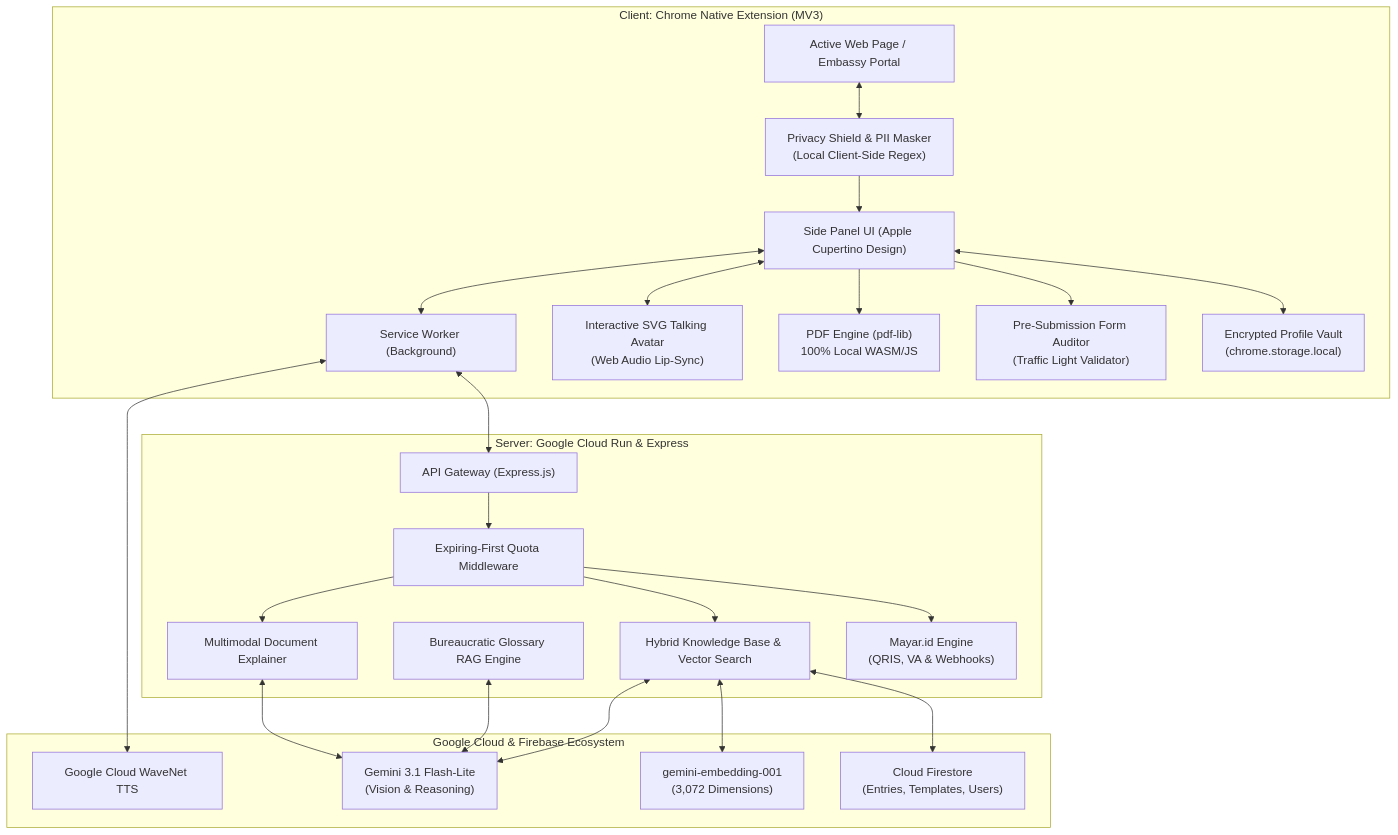
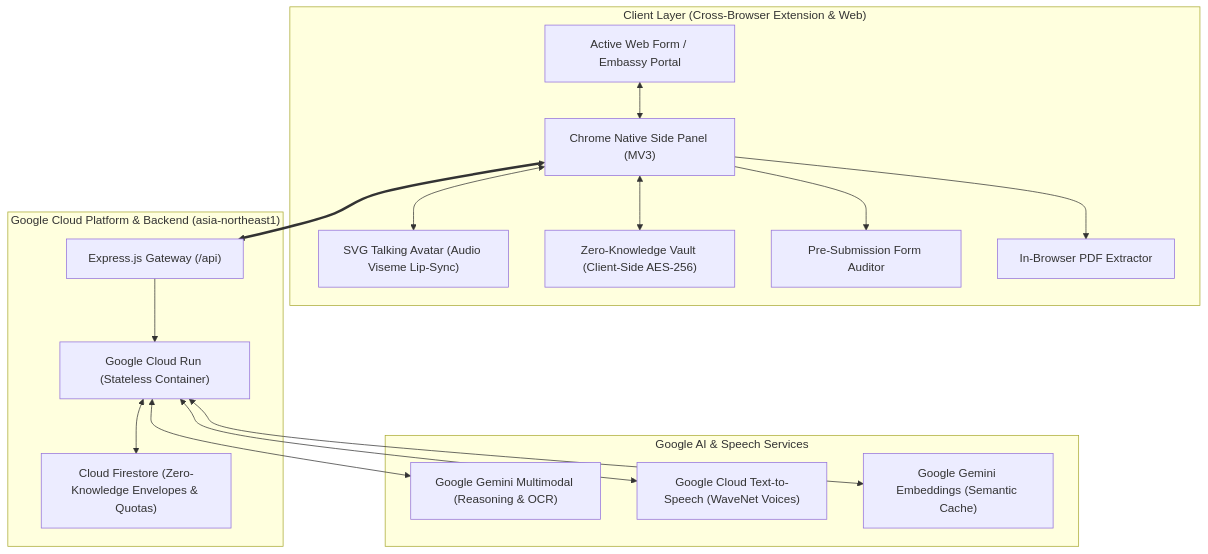
Before and after one commit to arfabi/telmy.ai: the diagram in README.md, drawn with Mermaid. The commit also changed other lines of this file, not shown here.

Commit message:
docs: update README badges, executive summary, and streamline system architecture documentation

````diff
--- a/README.md
+++ b/README.md
@@ -41,48 +41,35 @@
 ```mermaid
 graph TD
-    subgraph Browser ["Client: Chrome Native Extension (MV3)"]
-        Tab["Active Web Page / Embassy Portal"]
-        SW["Service Worker (Background)"]
-        SP["Side Panel UI (Apple Cupertino Design)"]
-        Avatar["Interactive SVG Talking Avatar\n(Web Audio Lip-Sync)"]
-        Vault["Encrypted Profile Vault\n(chrome.storage.local)"]
-        Shield["Privacy Shield & PII Masker\n(Local Client-Side Regex)"]
-        Auditor["Pre-Submission Form Auditor\n(Traffic Light Validator)"]
-        PDFClient["PDF Engine (pdf-lib)\n100% Local WASM/JS"]
+    subgraph Client ["Client Layer (Cross-Browser Extension & Web)"]
+        FormTab["Active Web Form / Embassy Portal"]
+        SP["Chrome Native Side Panel (MV3)"]
+        Avatar["SVG Talking Avatar (Audio Viseme Lip-Sync)"]
+        Vault["Zero-Knowledge Vault (Client-Side AES-256)"]
+        Auditor["Pre-Submission Form Auditor"]
+        PDFViewer["In-Browser PDF Extractor"]
     end
 
-    subgraph Backend ["Server: Google Cloud Run & Express"]
-        API["API Gateway (Express.js)"]
-        QuotaMid["Expiring-First Quota Middleware"]
-        DictSvc["Hybrid Knowledge Base & Vector Search"]
-        BuroSvc["Bureaucratic Glossary RAG Engine"]
-        PDFSvc["Multimodal Document Explainer"]
-        PaySvc["Mayar.id Engine\n(QRIS, VA & Webhooks)"]
+    subgraph GCP ["Google Cloud Platform & Backend (asia-northeast1)"]
+        CloudRun["Google Cloud Run (Stateless Container)"]
+        API["Express.js Gateway (/api)"]
+        Firestore["Cloud Firestore (Zero-Knowledge Envelopes & Quotas)"]
     end
 
-    subgraph GoogleAI ["Google Cloud & Firebase Ecosystem"]
-        GeminiFlash["Gemini 3.1 Flash-Lite\n(Vision & Reasoning)"]
-        GeminiEmbed["gemini-embedding-001\n(3,072 Dimensions)"]
-        GoogleTTS["Google Cloud WaveNet TTS"]
-        Firestore["Cloud Firestore\n(Entries, Templates, Users)"]
+    subgraph GoogleAI ["Google AI & Speech Services"]
+        Gemini["Google Gemini Multimodal (Reasoning & OCR)"]
+        WaveNet["Google Cloud Text-to-Speech (WaveNet Voices)"]
+        Embedding["Google Gemini Embeddings (Semantic Cache)"]
     end
 
-    Tab <--> Shield
-    Shield --> SP
+    FormTab <--> SP
     SP <--> Vault
     SP --> Auditor
-    SP --> PDFClient
+    SP --> PDFViewer
     SP <--> Avatar
-    SP <--> SW
-    SW <--> API
-    API --> QuotaMid
-    QuotaMid --> PaySvc
-    QuotaMid --> DictSvc
-    QuotaMid --> PDFSvc
-    DictSvc <--> Firestore
-    DictSvc <--> GeminiEmbed
-    DictSvc <--> GeminiFlash
-    BuroSvc <--> GeminiFlash
-    PDFSvc <--> GeminiFlash
-    SW <--> GoogleTTS
+    SP <==> API
+    API --> CloudRun
+    CloudRun <--> Gemini
+    CloudRun <--> WaveNet
+    CloudRun <--> Embedding
+    CloudRun <--> Firestore
 ```
````
